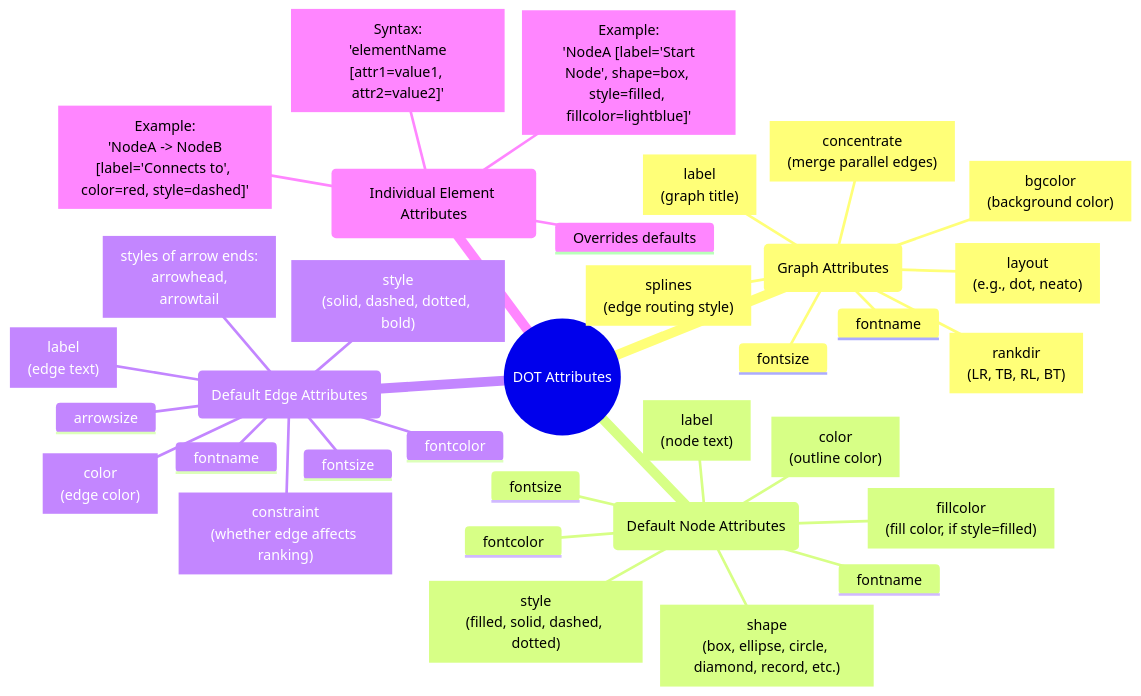
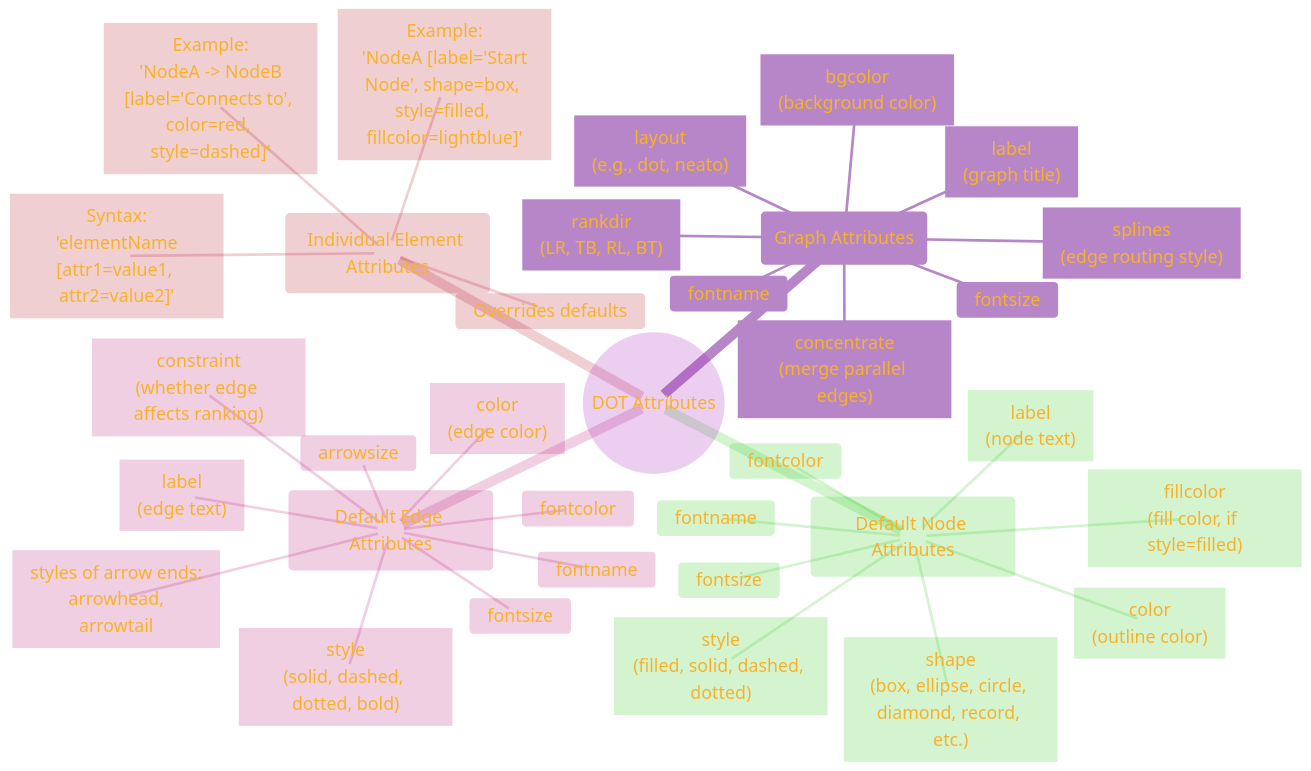
One commit to CongLeSolutionX/The-Language-Atlas changed the first of 3 diagrams in regions/DOT_language/landmarks_and_concepts/02_Attributes_Styling.md. Above: the diagram before and after it, drawn with Mermaid. The commit also changed other lines of this file and 9 other files, not shown here.

````diff
--- a/regions/DOT_language/landmarks_and_concepts/02_Attributes_Styling.md
+++ b/regions/DOT_language/landmarks_and_concepts/02_Attributes_Styling.md
@@ -29,42 +29,66 @@
 ```mermaid
+---
+title: "CHANGE_ME_DADDY"
+author: "Cong Le"
+version: "1.0"
+license(s): "MIT, CC BY 4.0"
+copyright: "Copyright (c) 2025 Cong Le. All Rights Reserved."
+config:
+  theme: base
+---
+%%%%%%%% Mermaid version v11.4.1-b.14
+%%{
+  init: {
+    'fontFamily': 'Monaco',
+    'themeVariables': {
+      'primaryColor': '#D5E3',
+      'primaryTextColor': '#F8B229',
+      'primaryBorderColor': '#27AE60',
+      'secondaryColor': '#EBDEF0',
+      'secondaryTextColor': '#6C3483',
+      'secondaryBorderColor': '#A569BD',
+      'fontSize': '20px'
+    }
+  }
+}%%
 mindmap
 root(("DOT Attributes"))
     Graph_Attributes("Graph Attributes")
     ::icon(fa fa-project-diagram)
         layout["layout<br/>(e.g., dot, neato)"]
         rankdir["rankdir<br/>(LR, TB, RL, BT)"]
         bgcolor["bgcolor<br/>(background color)"]
         label["label<br/>(graph title)"]
         fontname
         fontsize
         splines["splines<br/>(edge routing style)"]
         concentrate["concentrate<br/>(merge parallel edges)"]
     Default_Node_Attributes("Default Node Attributes")
     ::icon(fa fa-circle)
         shape["shape<br/>(box, ellipse, circle, diamond, record, etc.)"]
         style["style<br/>(filled, solid, dashed, dotted)"]
         color["color<br/>(outline color)"]
         fillcolor["fillcolor<br/>(fill color, if style=filled)"]
         fontname
         fontsize
         fontcolor
         label["label<br/>(node text)"]
     Default_Edge_Attributes("Default Edge Attributes")
     ::icon(fa fa- condividi-alt)
         style["style<br/>(solid, dashed, dotted, bold)"]
         color["color<br/>(edge color)"]
         styles_of_arrow_ends["styles of arrow ends:<br/>arrowhead,<br/> arrowtail"]
         arrowsize
         label["label<br/>(edge text)"]
         fontname
         fontsize
         fontcolor
         constraint["constraint<br/>(whether edge affects ranking)"]
     Individual_Element_Attributes("Individual Element Attributes")
     ::icon(fa fa-paint-brush)
         Overrides defaults
         Syntax["Syntax:<br/> 'elementName [attr1=value1, attr2=value2]'"]
         Example["Example:<br/> 'NodeA [label='Start Node', shape=box, style=filled, fillcolor=lightblue]'"]
         Example["Example:<br/> 'NodeA -> NodeB [label='Connects to', color=red, style=dashed]'"]
       
 ```
````
